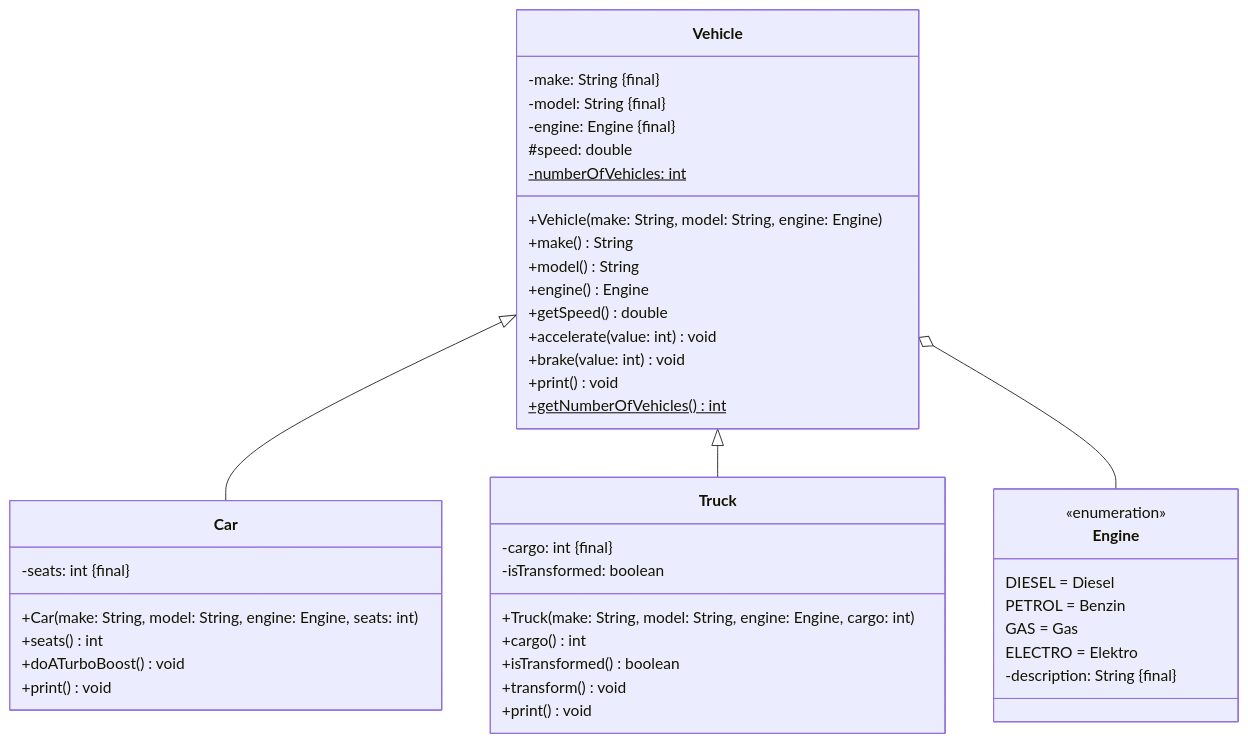
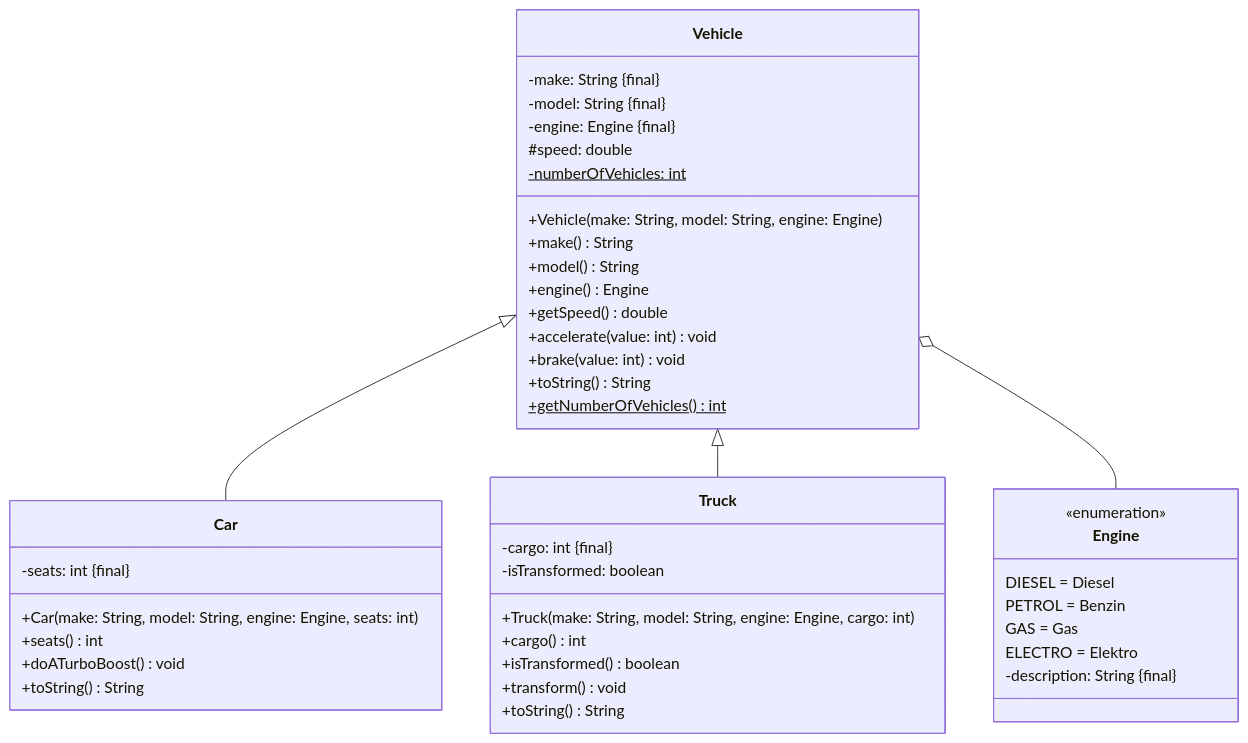
One commit to jappuccini/java-docs changed the diagram in docs/exercises/polymorphy/polymorphy01.mdx. Above: the diagram before and after it, drawn with Mermaid. The commit also changed other lines of this file and 14 other files, not shown here.

````diff
--- a/docs/exercises/polymorphy/polymorphy01.mdx
+++ b/docs/exercises/polymorphy/polymorphy01.mdx
@@ -17,50 +17,50 @@
 ```mermaid
 classDiagram
     Vehicle <|-- Car
     Vehicle <|-- Truck
     Vehicle o-- Engine
 
     class Vehicle {
         -make: String &#123final&#125
         -model: String &#123final&#125
         -engine: Engine &#123final&#125
         #speed: double
         -numberOfVehicles: int$
         +Vehicle(make: String, model: String, engine: Engine)
         +make() String
         +model() String
         +engine() Engine
         +getSpeed() double
         +accelerate(value: int) void
         +brake(value: int) void
-        +print() void
+        +toString() String
         +getNumberOfVehicles()$ int
     }
 
     class Engine {
         <<enumeration>>
         DIESEL = Diesel
         PETROL = Benzin
         GAS = Gas
         ELECTRO = Elektro
         -description: String &#123final&#125
     }
 
     class Car {
         -seats: int &#123final&#125
         +Car(make: String, model: String, engine: Engine, seats: int)
         +seats() int
         +doATurboBoost() void
-        +print() void
+        +toString() String
     }
 
     class Truck {
         -cargo: int &#123final&#125
         -isTransformed: boolean
         +Truck(make: String, model: String, engine: Engine, cargo: int)
         +cargo() int
         +isTransformed() boolean
         +transform() void
-        +print() void
+        +toString() String
     }
 ```
````
